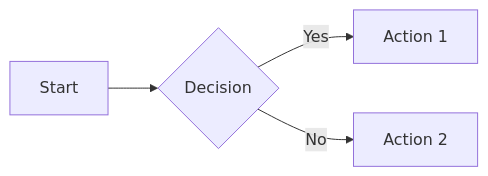
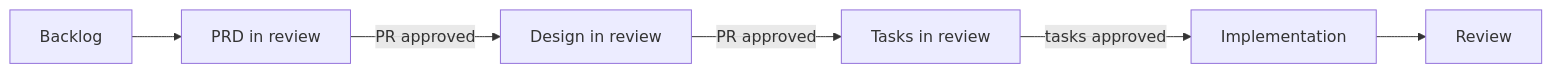
One commit to felipefontoura/spec-driven-development-book changed diagram 15 of 15 in BOOK.en.md. Above: the diagram before and after it, drawn with Mermaid. The commit also changed other lines of this file and 4 other files, not shown here.

````diff
--- a/BOOK.en.md
+++ b/BOOK.en.md
@@ -2653,6 +3359,12 @@
 ```mermaid
 flowchart LR
-    A[Start] --> B{Decision}
-    B -->|Yes| C[Action 1]
-    B -->|No| D[Action 2]
+    B[Backlog] --> P[PRD in review]
+    P -->|PR approved| D[Design in review]
+    D -->|PR approved| T[Tasks in review]
+    T -->|tasks approved| E[Implementation]
+    E --> R[Review]
+
+    class P,D,T accent;
+    class B muted;
+    class E,R neutral;
 ```
````
